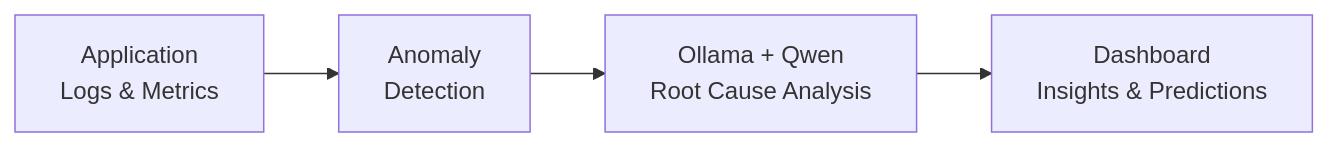
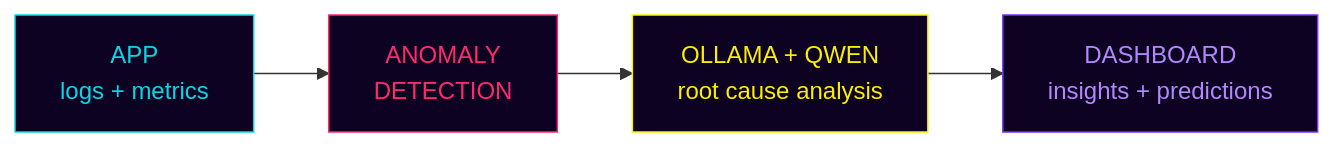
Before and after one commit to adityx-lab/adityx-lab: the diagram in README.md, drawn with Mermaid. The commit also changed other lines of this file, not shown here.

````diff
--- a/README.md
+++ b/README.md
@@ -60,6 +51,10 @@
 ```mermaid
 flowchart LR
-    A[Application<br/>Logs & Metrics] --> B[Anomaly<br/>Detection]
-    B --> C[Ollama + Qwen<br/>Root Cause Analysis]
-    C --> D[Dashboard<br/>Insights & Predictions]
+    A["APP<br/>logs + metrics"] --> B["ANOMALY<br/>DETECTION"]
+    B --> C["OLLAMA + QWEN<br/>root cause analysis"]
+    C --> D["DASHBOARD<br/>insights + predictions"]
+    style A fill:#0D0221,stroke:#05D9E8,color:#05D9E8
+    style B fill:#0D0221,stroke:#FF2A6D,color:#FF2A6D
+    style C fill:#0D0221,stroke:#F9F002,color:#F9F002
+    style D fill:#0D0221,stroke:#7B2FF7,color:#B388FF
 ```
````
